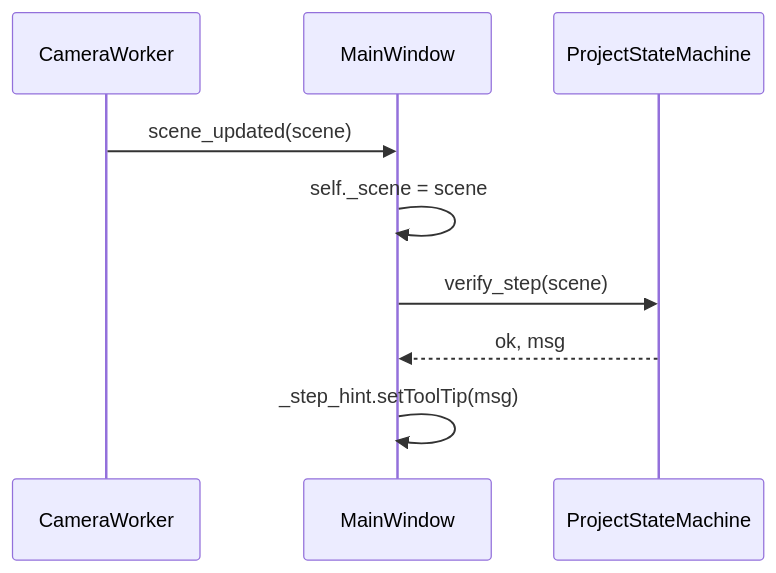
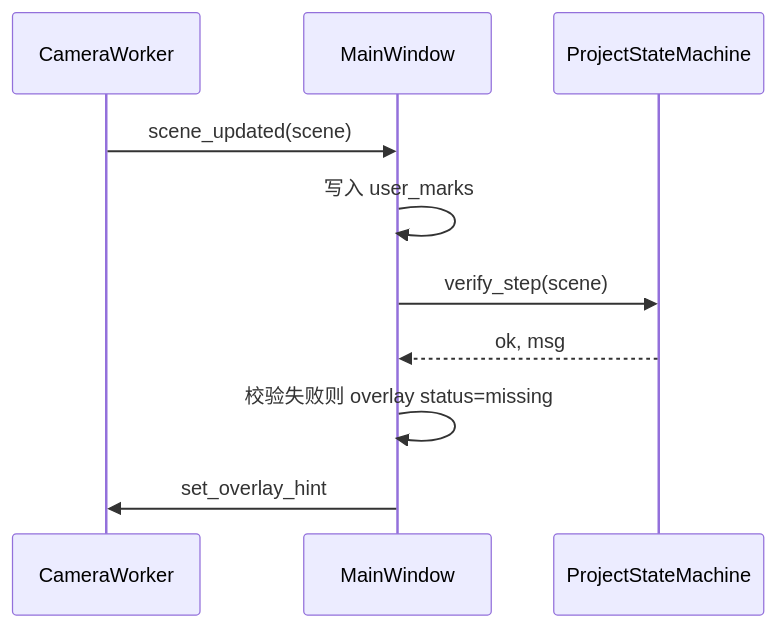
Before and after one commit to zackdlut/ai_ardunio: the fifth of 10 diagrams in docs/ARCHITECTURE.md, drawn with Mermaid. The commit also changed other lines of this file and 10 other files, not shown here.

````diff
--- a/docs/ARCHITECTURE.md
+++ b/docs/ARCHITECTURE.md
@@ -238,12 +290,13 @@
 ```mermaid
 sequenceDiagram
     participant Cam as CameraWorker
     participant MW as MainWindow
     participant SM as ProjectStateMachine
 
     Cam->>MW: scene_updated(scene)
-    MW->>MW: self._scene = scene
+    MW->>MW: 写入 user_marks
     MW->>SM: verify_step(scene)
     SM-->>MW: ok, msg
-    MW->>MW: _step_hint.setToolTip(msg)
+    MW->>MW: 校验失败则 overlay status=missing
+    MW->>Cam: set_overlay_hint
 ```
````
